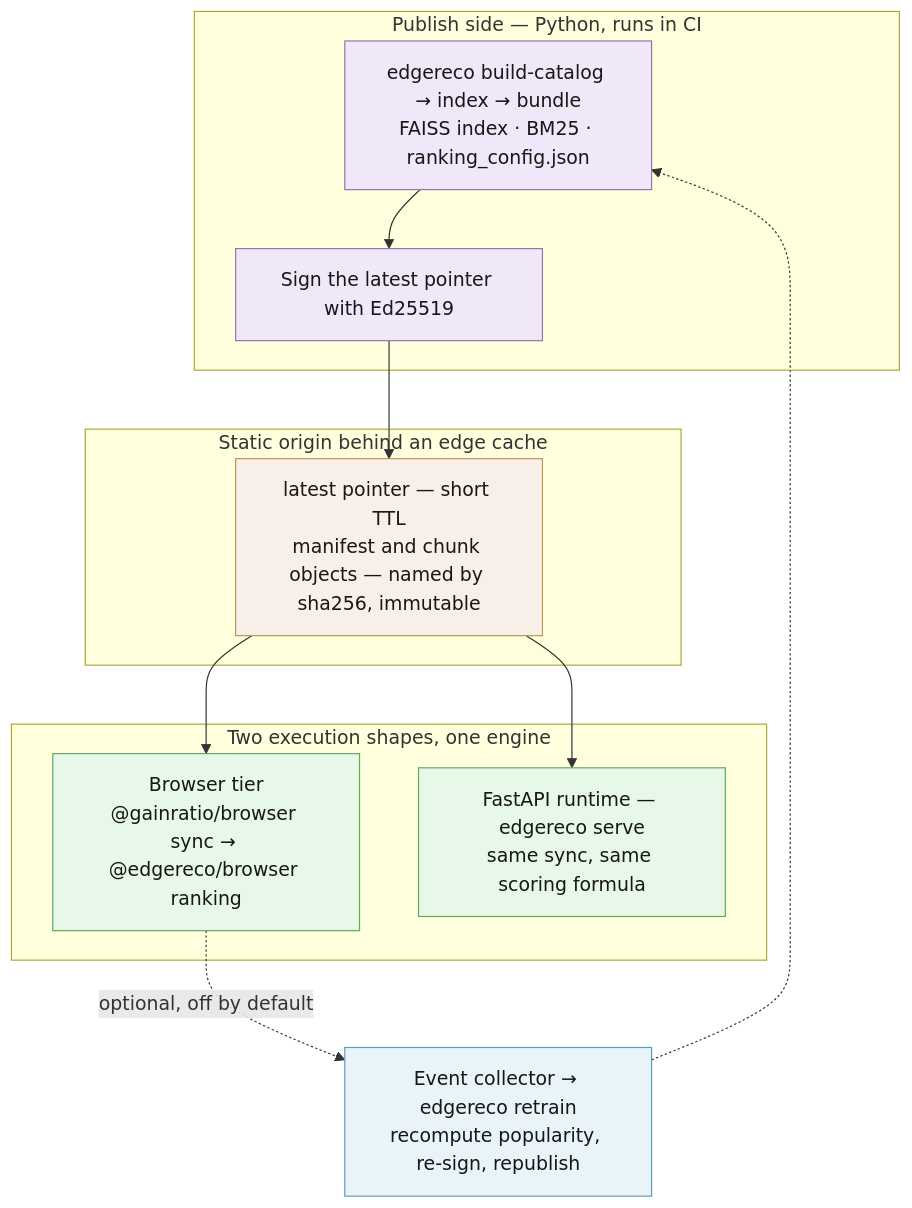
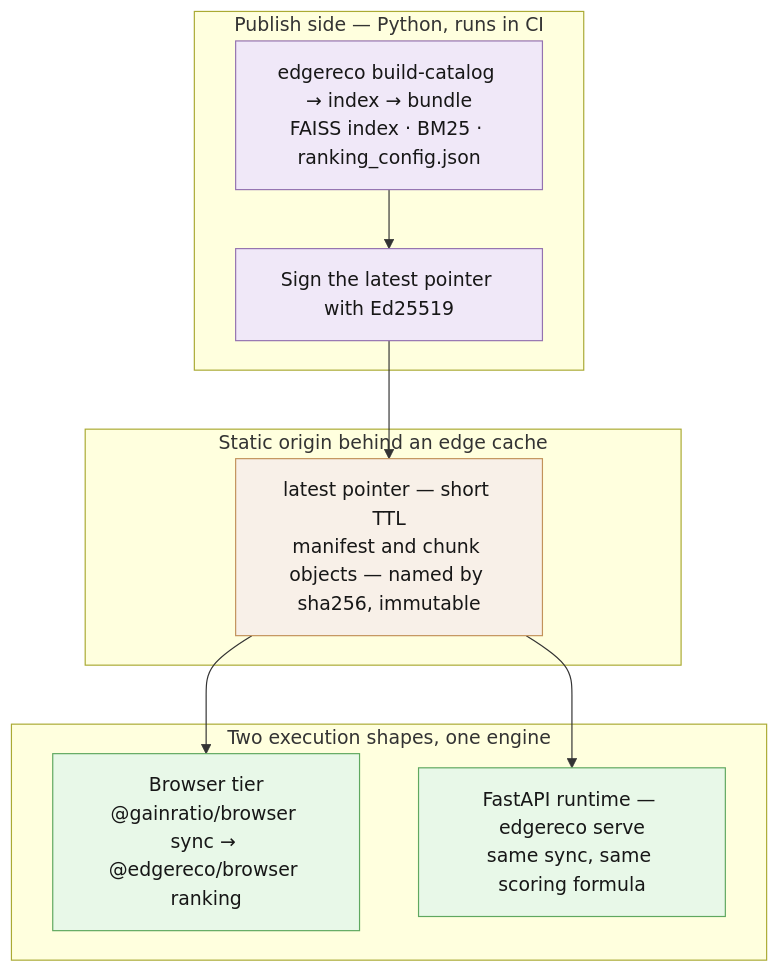
The first of 4 diagrams in docs/ARCHITECTURE.md (gainratio/edge-reco), drawn with Mermaid before and after one commit. The commit also changed other lines of this file and 110 other files, not shown here.

````diff
--- a/docs/ARCHITECTURE.md
+++ b/docs/ARCHITECTURE.md
@@ -27,31 +27,27 @@
 ```mermaid
 flowchart TB
   subgraph publish["Publish side — Python, runs in CI"]
     build["edgereco build-catalog → index → bundle<br>FAISS index · BM25 · ranking_config.json"]
     sign["Sign the latest pointer with Ed25519"]
   end
 
   subgraph serve["Static origin behind an edge cache"]
     origin["latest pointer — short TTL<br>manifest and chunk objects — named by sha256, immutable"]
   end
 
   subgraph consumers["Two execution shapes, one engine"]
     browser["Browser tier<br>@gainratio/browser sync → @edgereco/browser ranking"]
     api["FastAPI runtime — edgereco serve<br>same sync, same scoring formula"]
   end
 
   build --> sign --> origin
   origin --> browser
   origin --> api
-  browser -.->|"optional, off by default"| events["Event collector → edgereco retrain<br>recompute popularity, re-sign, republish"]
-  events -.-> build
 
   classDef pub fill:#f0e8f8,stroke:#9472b0,color:#171717;
   classDef cdn fill:#f8f0e8,stroke:#c2925a,color:#171717;
   classDef local fill:#e8f8e8,stroke:#5fa85f,color:#171717;
-  classDef opt fill:#e8f4f8,stroke:#5b9bbf,color:#171717;
   class build,sign pub;
   class origin cdn;
   class browser,api local;
-  class events opt;
 ```
````
